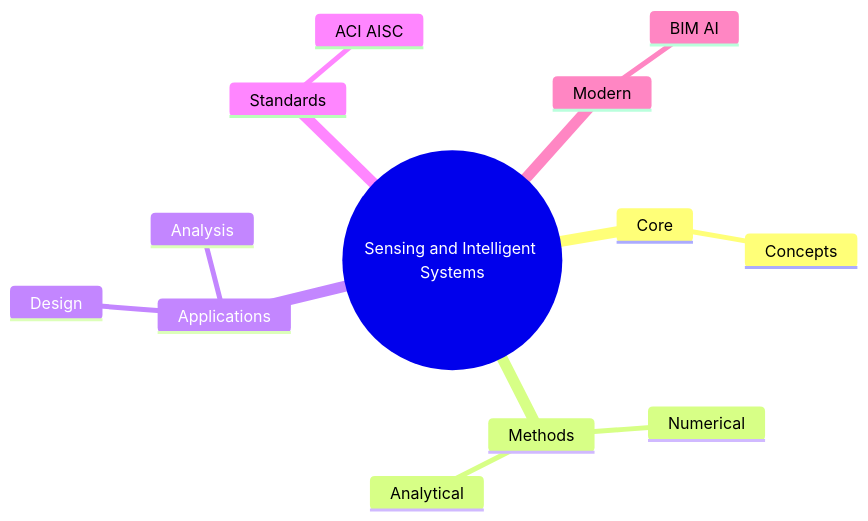
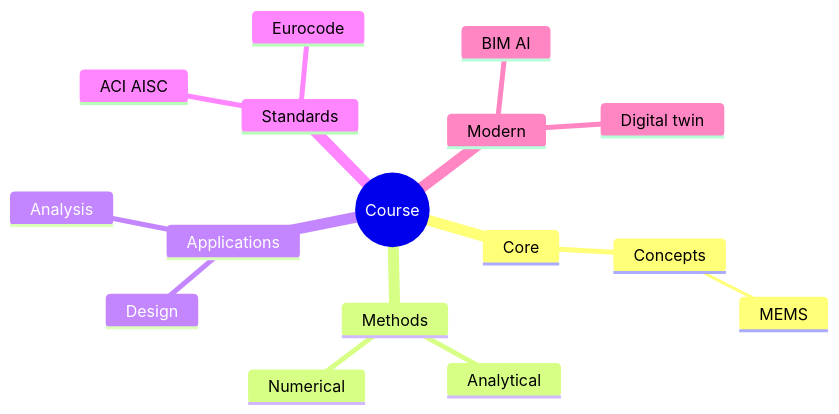
One commit to yip-lgtm/civil-bootcamp changed the second of 6 diagrams in MIT_CEE_Core/Track_2_Mechanics_Materials/Structural_Design/11_1.104_Sensing_and_Intelligent_Systems.md. Above: the diagram before and after it, drawn with Mermaid. The commit also changed other lines of this file and 56 other files, not shown here.

````diff
--- a/MIT_CEE_Core/Track_2_Mechanics_Materials/Structural_Design/11_1.104_Sensing_and_Intelligent_Systems.md
+++ b/MIT_CEE_Core/Track_2_Mechanics_Materials/Structural_Design/11_1.104_Sensing_and_Intelligent_Systems.md
@@ -262,16 +442,19 @@
 ```mermaid
 mindmap
-    root((Sensing and Intelligent Systems))
-      Core
-        Concepts
-      Methods
-        Analytical
-        Numerical
-      Applications
-        Design
-        Analysis
-      Standards
-        ACI AISC
-      Modern
-        BIM AI
+  root((Course))
+    Core
+      Concepts
+        MEMS
+    Methods
+      Analytical
+      Numerical
+    Applications
+      Design
+      Analysis
+    Standards
+      ACI AISC
+      Eurocode
+    Modern
+      BIM AI
+      Digital twin
 ```
````
